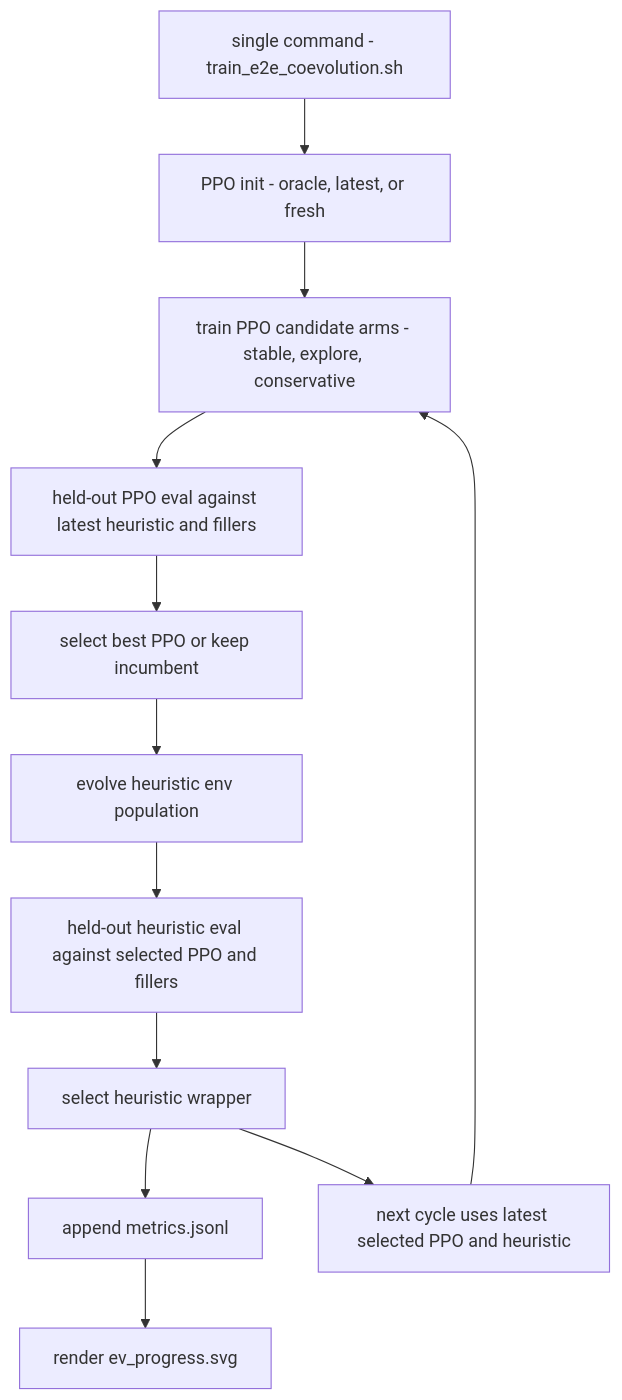
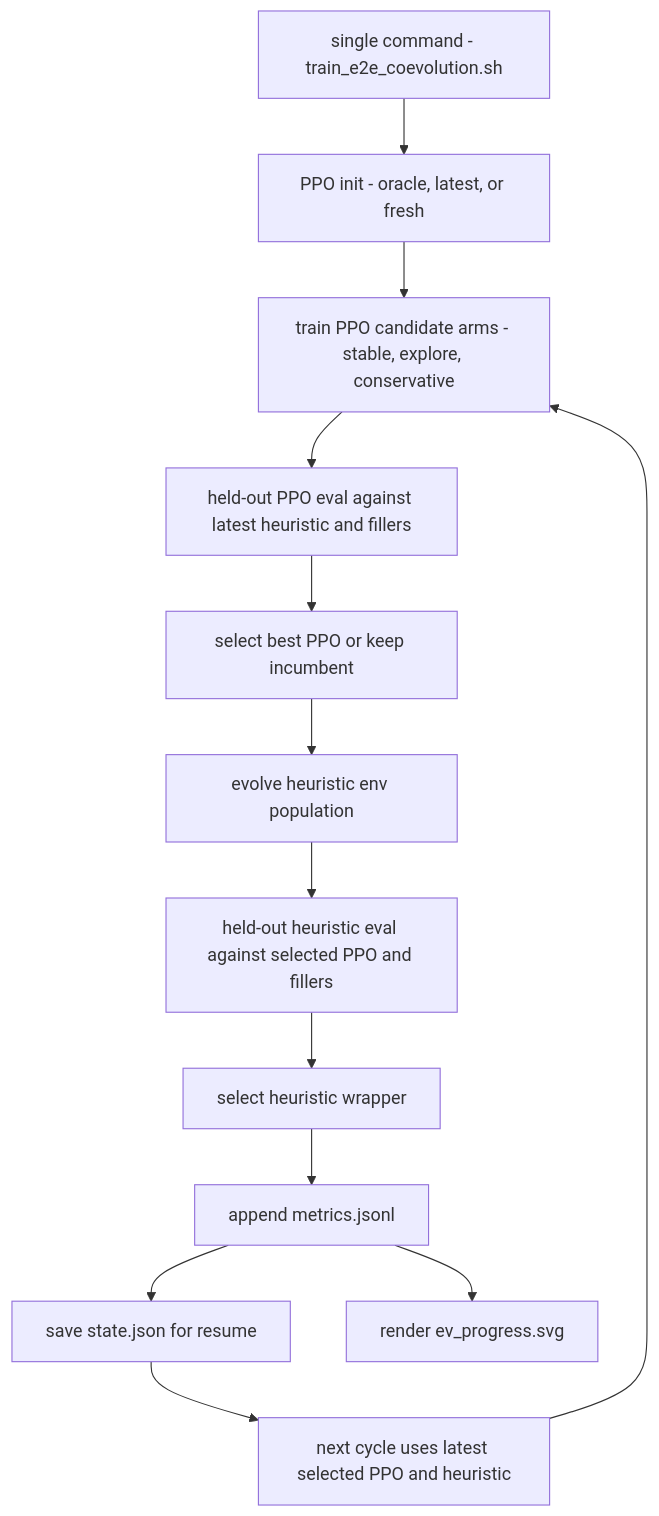
Before and after one commit to kosunghun317/fullhouse-engine: the diagram in docs/e2e-coevolution-training.md, drawn with Mermaid. The commit also changed other lines of this file and 7 other files, not shown here.

````diff
--- a/docs/e2e-coevolution-training.md
+++ b/docs/e2e-coevolution-training.md
@@ -88,14 +111,15 @@
 ```mermaid
 graph TD
     Start["single command - train_e2e_coevolution.sh"] --> Bootstrap["PPO init - oracle, latest, or fresh"]
     Bootstrap --> PPOArms["train PPO candidate arms - stable, explore, conservative"]
     PPOArms --> PPOEval["held-out PPO eval against latest heuristic and fillers"]
     PPOEval --> PPOSelect["select best PPO or keep incumbent"]
     PPOSelect --> HeurPop["evolve heuristic env population"]
     HeurPop --> HeurEval["held-out heuristic eval against selected PPO and fillers"]
     HeurEval --> HeurSelect["select heuristic wrapper"]
     HeurSelect --> Metrics["append metrics.jsonl"]
+    Metrics --> State["save state.json for resume"]
     Metrics --> Plot["render ev_progress.svg"]
-    HeurSelect --> NextCycle["next cycle uses latest selected PPO and heuristic"]
+    State --> NextCycle["next cycle uses latest selected PPO and heuristic"]
     NextCycle --> PPOArms
 ```
````
